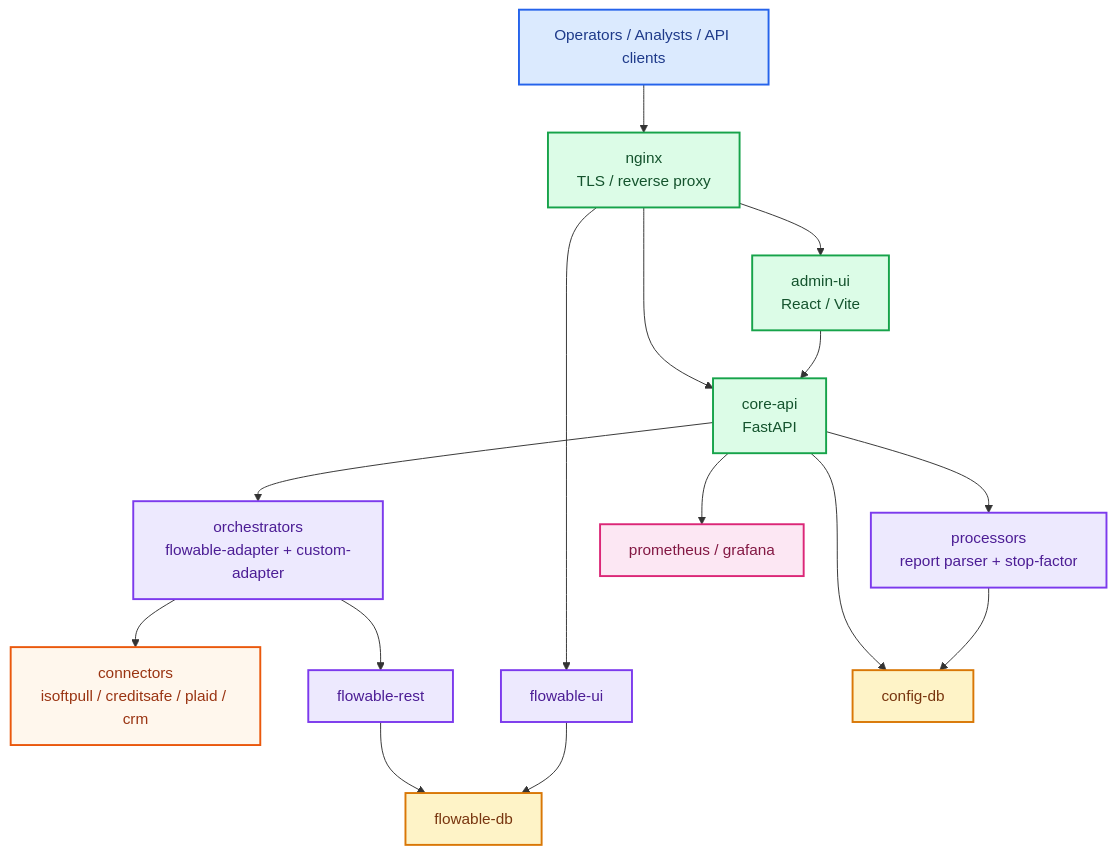
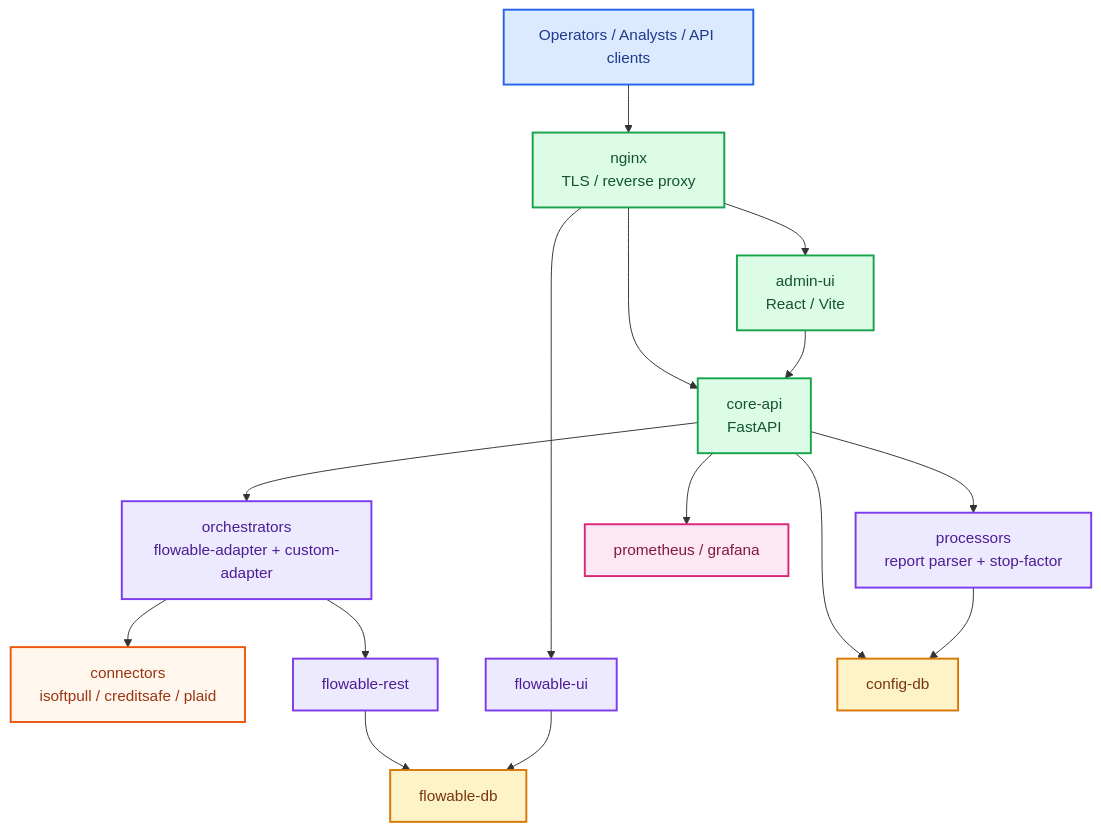
Before and after one commit to dlllmbeck777/bpmn_project: the first of 4 diagrams in docs/ARCHITECTURE_TECHNICAL_RU.md, drawn with Mermaid. The commit also changed other lines of this file and 25 other files, not shown here.

````diff
--- a/docs/ARCHITECTURE_TECHNICAL_RU.md
+++ b/docs/ARCHITECTURE_TECHNICAL_RU.md
@@ -24,37 +24,37 @@
 ```mermaid
 flowchart TB
     classDef user fill:#dbeafe,stroke:#2563eb,color:#1e3a8a,stroke-width:2px;
     classDef app fill:#dcfce7,stroke:#16a34a,color:#14532d,stroke-width:2px;
     classDef proc fill:#ede9fe,stroke:#7c3aed,color:#4c1d95,stroke-width:2px;
     classDef ext fill:#fff7ed,stroke:#ea580c,color:#9a3412,stroke-width:2px;
     classDef db fill:#fef3c7,stroke:#d97706,color:#78350f,stroke-width:2px;
     classDef obs fill:#fce7f3,stroke:#db2777,color:#831843,stroke-width:2px;
 
     Users["Operators / Analysts / API clients"]:::user
     Nginx["nginx<br/>TLS / reverse proxy"]:::app
     Admin["admin-ui<br/>React / Vite"]:::app
     Core["core-api<br/>FastAPI"]:::app
     Orch["orchestrators<br/>flowable-adapter + custom-adapter"]:::proc
     Proc["processors<br/>report parser + stop-factor"]:::proc
-    Conn["connectors<br/>isoftpull / creditsafe / plaid / crm"]:::ext
+    Conn["connectors<br/>isoftpull / creditsafe / plaid"]:::ext
     FlowableRest["flowable-rest"]:::proc
     FlowableUi["flowable-ui"]:::proc
     ConfigDb["config-db"]:::db
     FlowableDb["flowable-db"]:::db
     Obs["prometheus / grafana"]:::obs
 
     Users --> Nginx
     Nginx --> Admin
     Nginx --> Core
     Nginx --> FlowableUi
     Admin --> Core
     Core --> ConfigDb
     Core --> Orch
     Core --> Proc
     Orch --> Conn
     Orch --> FlowableRest
     Proc --> ConfigDb
     FlowableRest --> FlowableDb
     FlowableUi --> FlowableDb
     Core --> Obs
 ```
````
